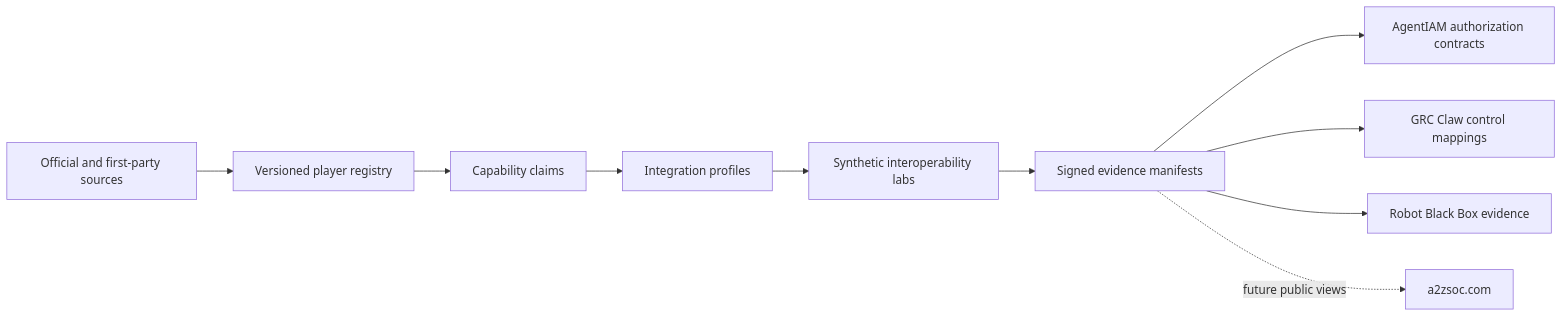
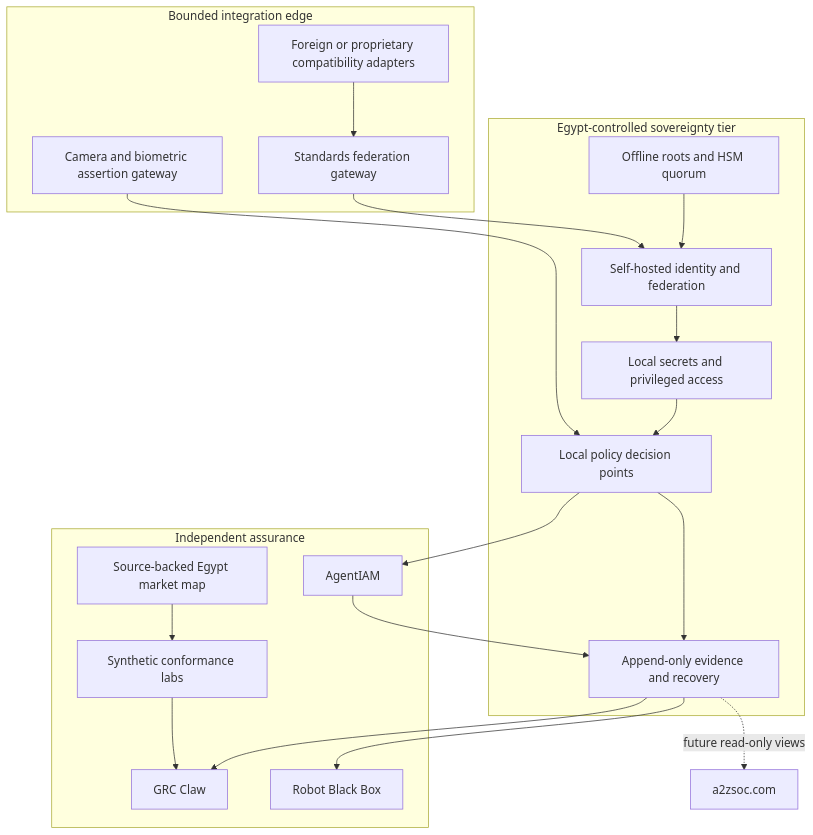
The diagram in README.md (AAH20/egypt-digital-trust-map), drawn with Mermaid before and after one commit. The commit also changed other lines of this file and 23 other files, not shown here.

Commit message:
feat: add Egypt sovereign identity and PAM baseline

````diff
--- a/README.md
+++ b/README.md
@@ -22,12 +38,34 @@
 ```mermaid
-flowchart LR
-    S[Official and first-party sources] --> R[Versioned player registry]
-    R --> C[Capability claims]
-    C --> P[Integration profiles]
-    P --> L[Synthetic interoperability labs]
-    L --> E[Signed evidence manifests]
-    E --> A[AgentIAM authorization contracts]
-    E --> G[GRC Claw control mappings]
-    E --> B[Robot Black Box evidence]
-    E -. future public views .-> W[a2zsoc.com]
+flowchart TB
+    subgraph EGY["Egypt-controlled sovereignty tier"]
+        HSM[Offline roots and HSM quorum]
+        ID[Self-hosted identity and federation]
+        PAM[Local secrets and privileged access]
+        PDP[Local policy decision points]
+        EVT[Append-only evidence and recovery]
+        HSM --> ID --> PAM --> PDP --> EVT
+    end
+
+    subgraph EDGE["Bounded integration edge"]
+        FED[Standards federation gateway]
+        CAM[Camera and biometric assertion gateway]
+        VEN[Foreign or proprietary compatibility adapters]
+    end
+
+    subgraph ASSURE["Independent assurance"]
+        MAP[Source-backed Egypt market map]
+        LAB[Synthetic conformance labs]
+        AGENT[AgentIAM]
+        GRC[GRC Claw]
+        RBB[Robot Black Box]
+    end
+
+    FED --> ID
+    CAM --> PDP
+    VEN --> FED
+    PDP --> AGENT --> EVT
+    EVT --> GRC
+    EVT --> RBB
+    MAP --> LAB --> GRC
+    EVT -. future read-only views .-> WEB[a2zsoc.com]
 ```
````
